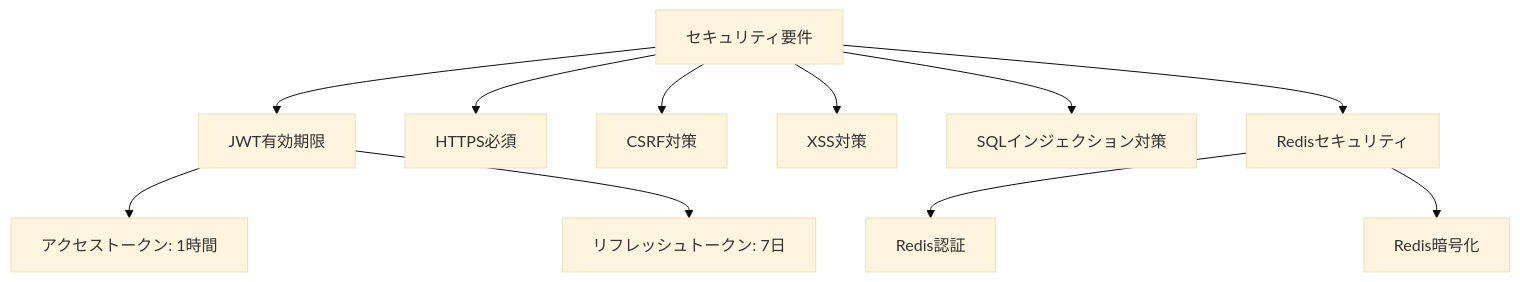
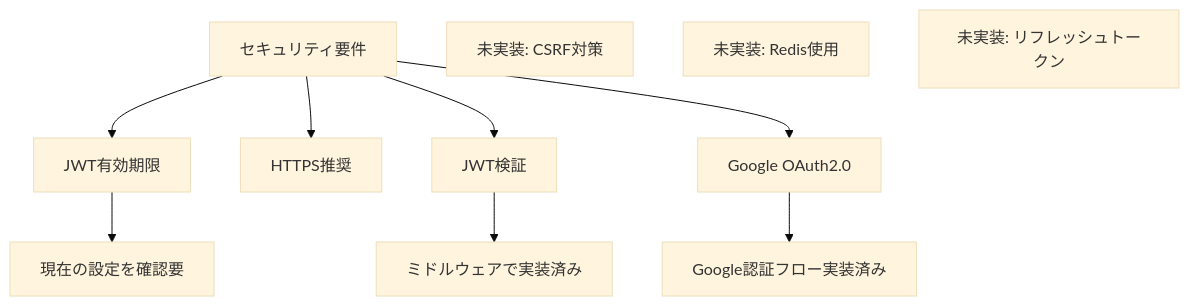
Before and after one commit to myantyuWorld/stackies-with-cc: diagram 17 of 27 in docs/auth-system-design.md, drawn with Mermaid (base theme). The commit also changed other lines of this file and 13 other files, not shown here.

````diff
--- a/docs/auth-system-design.md
+++ b/docs/auth-system-design.md
@@ -381,14 +350,15 @@
 ```mermaid
 graph TD
     A[セキュリティ要件] --> B[JWT有効期限]
-    A --> C[HTTPS必須]
-    A --> D[CSRF対策]
-    A --> E[XSS対策]
-    A --> F[SQLインジェクション対策]
-    A --> G[Redisセキュリティ]
+    A --> C[HTTPS推奨]
+    A --> D[JWT検証]
+    A --> E[Google OAuth2.0]
     
-    B --> H[アクセストークン: 1時間]
-    B --> I[リフレッシュトークン: 7日]
-    G --> J[Redis認証]
-    G --> K[Redis暗号化]
+    B --> F[現在の設定を確認要]
+    D --> G[ミドルウェアで実装済み]
+    E --> H[Google認証フロー実装済み]
+    
+    Note1[未実装: CSRF対策]
+    Note2[未実装: Redis使用]
+    Note3[未実装: リフレッシュトークン]
 ```
````
